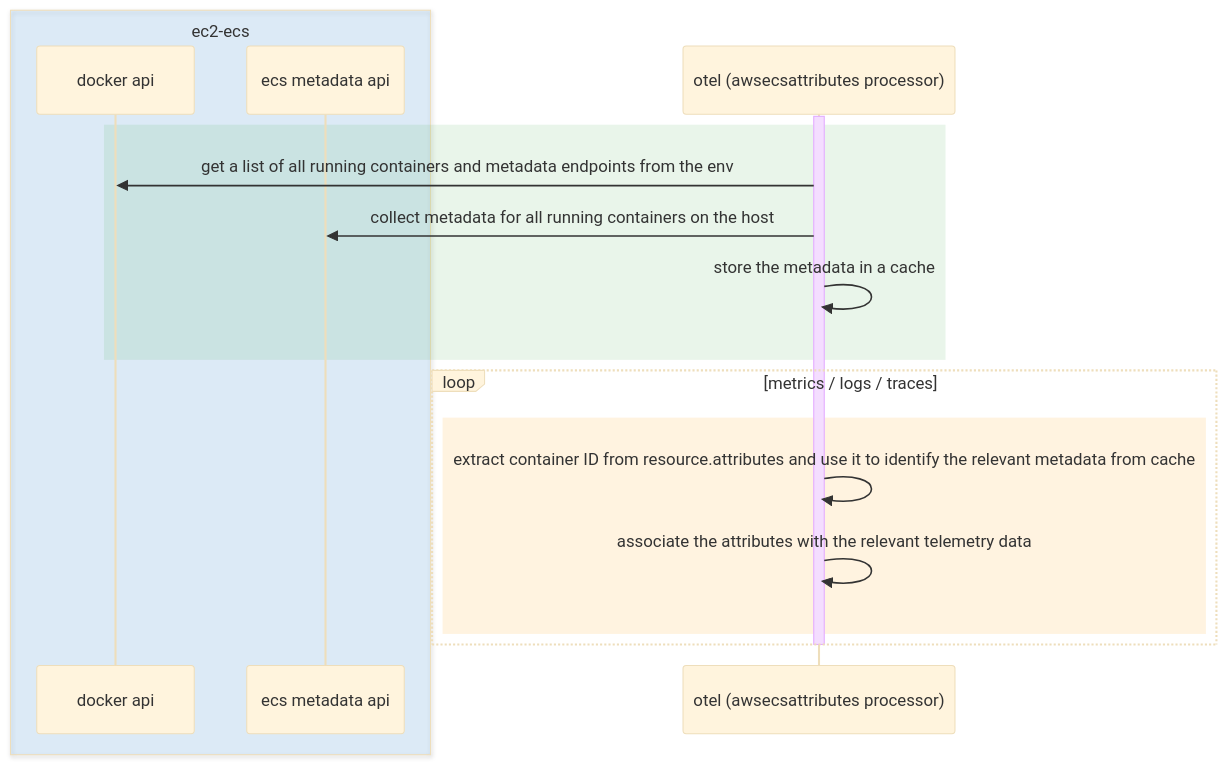
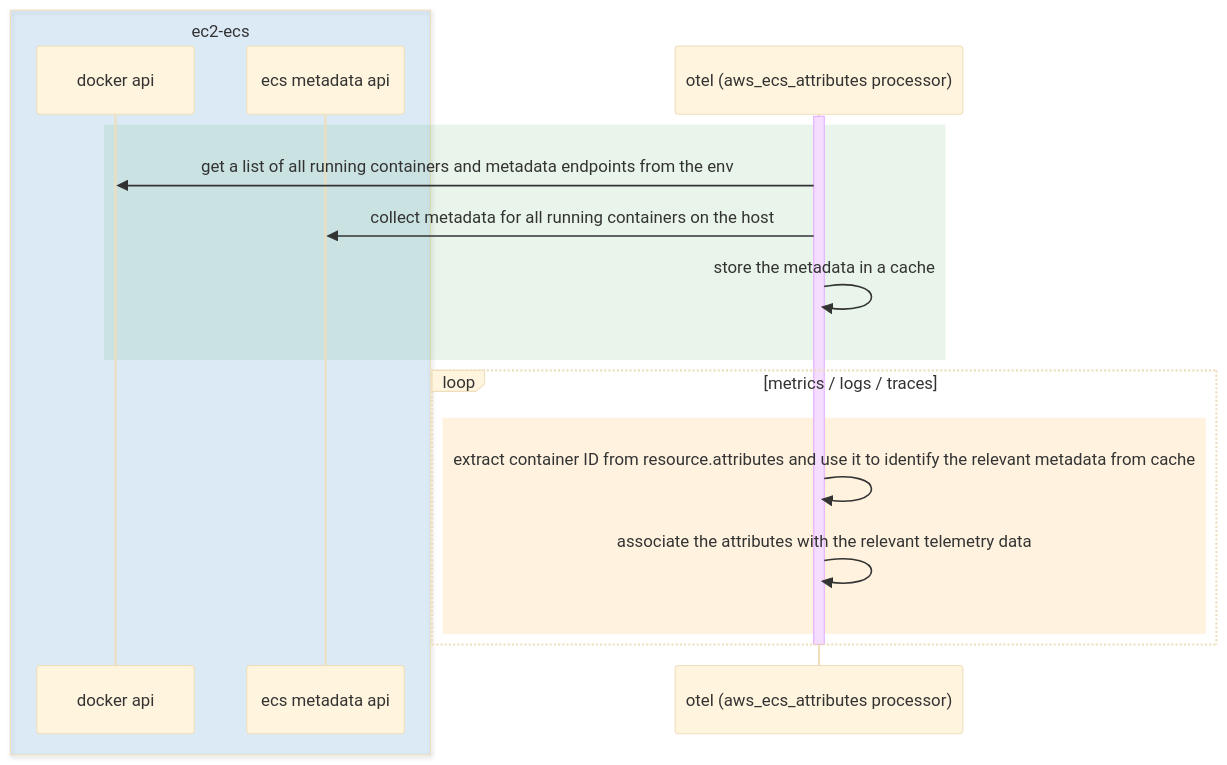
One commit to open-telemetry/opentelemetry-collector-contrib changed the diagram in processor/awsecsattributesprocessor/README.md. Above: the diagram before and after it, drawn with Mermaid (base theme). The commit also changed other lines of this file and 8 other files, not shown here.

First line of the commit message:
[processor/awsecsattributes] Rename component identifier to aws_ecs_attributes

````diff
--- a/processor/awsecsattributesprocessor/README.md
+++ b/processor/awsecsattributesprocessor/README.md
@@ -39,21 +39,21 @@
 ```mermaid
 sequenceDiagram
     box rgba(33, 150, 243, 0.12) ec2-ecs
         participant docker as docker api
         participant mAPI as ecs metadata api
     end
-    participant otel as otel (awsecsattributes processor)
+    participant otel as otel (aws_ecs_attributes processor)
     activate otel
     rect rgba(76, 175, 80, 0.12)
         otel->>docker: get a list of all running containers and metadata endpoints from the env
         otel->>mAPI: collect metadata for all running containers on the host
         otel->>otel: store the metadata in a cache
     end
     loop metrics / logs / traces
         rect rgba(255, 152, 0, 0.12)
             otel->>otel: extract container ID from resource.attributes and use it to identify the relevant metadata from cache
             otel->>otel: associate the attributes with the relevant telemetry data
         end
     end
     deactivate otel
 ```
````
